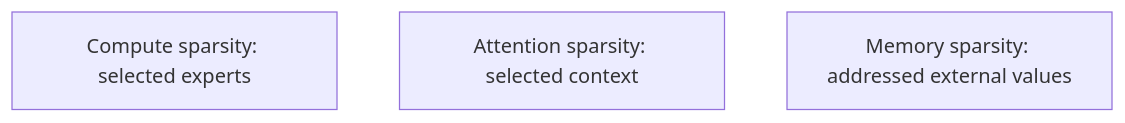
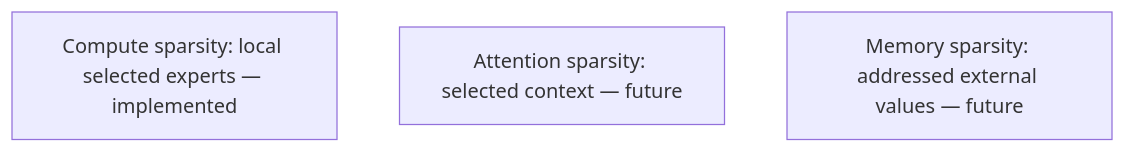
The second of 2 diagrams in docs/architecture.md (supernovae/tiny-sparse-lab), drawn with Mermaid before and after one commit. The commit also changed other lines of this file and 4 other files, not shown here.

````diff
--- a/docs/architecture.md
+++ b/docs/architecture.md
@@ -20,6 +28,6 @@
 ```mermaid
 flowchart TB
-  compute[Compute sparsity: selected experts]
-  attention[Attention sparsity: selected context]
-  memory[Memory sparsity: addressed external values]
+  compute[Compute sparsity: local selected experts — implemented]
+  attention[Attention sparsity: selected context — future]
+  memory[Memory sparsity: addressed external values — future]
 ```
````
